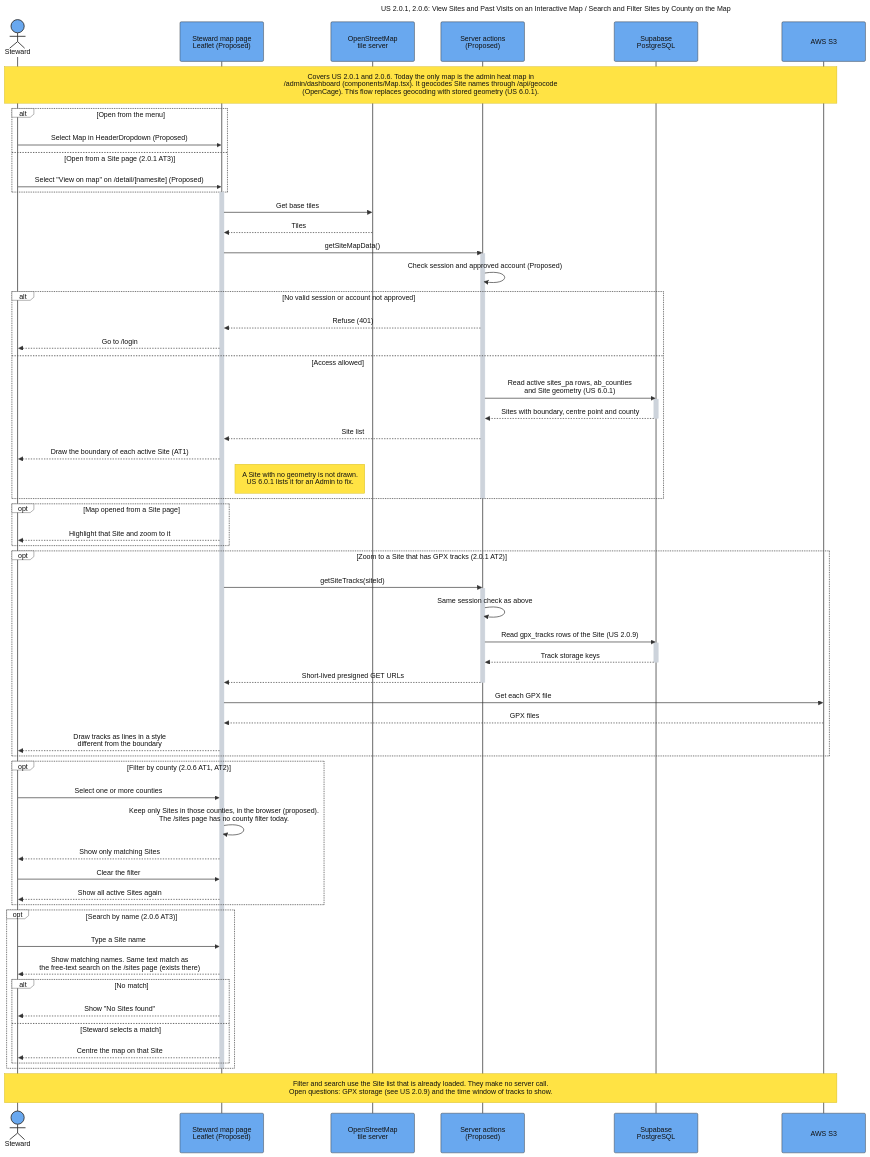
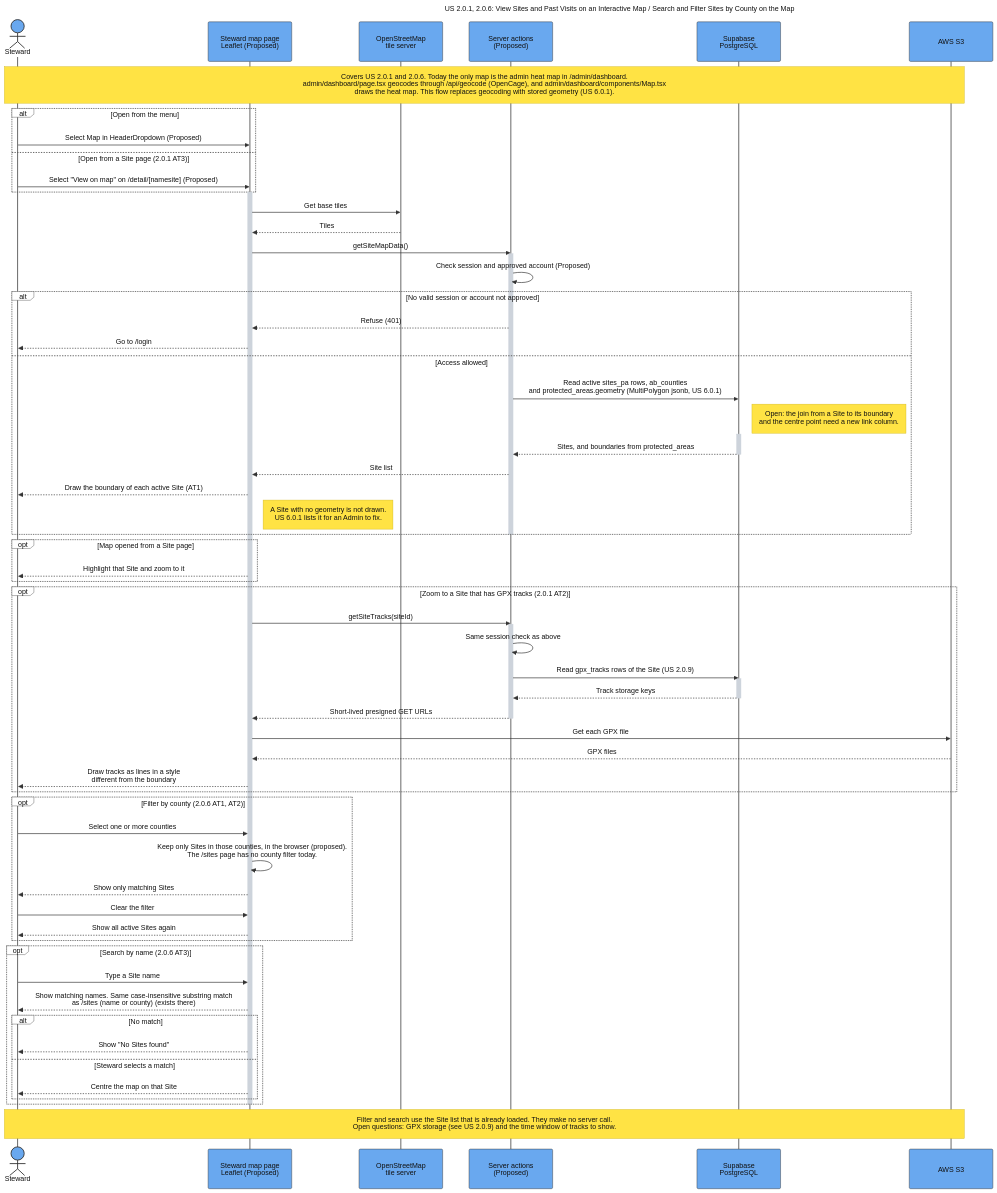
One commit to SAPAA-Dev/W26Project-SAPAA-Dev-Team changed the diagram in docs/assets/Sequence_US_2_0_1_2_0_6_Site_Map_Search_and_Filter.mmd. Above: the diagram before and after it, drawn with Mermaid. The commit also changed 63 other files, not shown here.

First line of the commit message:
(feat): add diagram generator that updates diagrams on every PR (#157)

```diff
--- a/docs/assets/Sequence_US_2_0_1_2_0_6_Site_Map_Search_and_Filter.mmd
+++ b/docs/assets/Sequence_US_2_0_1_2_0_6_Site_Map_Search_and_Filter.mmd
@@ -1,117 +1,120 @@
 ---
 title: "US 2.0.1, 2.0.6: View Sites and Past Visits on an Interactive Map / Search and Filter Sites by County on the Map"
 config:
   theme: base
   sequence:
     actorMargin: 60
     boxMargin: 12
     diagramMarginX: 45
     diagramMarginY: 30
     messageMargin: 38
     noteMargin: 16
     mirrorActors: true
     width: 190
     height: 90
   themeVariables:
     background: "#ffffff"
     primaryColor: "#69a8ef"
     primaryBorderColor: "#333333"
     primaryTextColor: "#111111"
     actorBkg: "#69a8ef"
     actorBorder: "#333333"
     actorTextColor: "#111111"
     actorLineColor: "#555555"
     signalColor: "#333333"
     signalTextColor: "#111111"
     activationBkgColor: "#cdd3db"
     activationBorderColor: "#cdd3db"
     noteBkgColor: "#ffe344"
     noteBorderColor: "#d4ba24"
     noteTextColor: "#111111"
     labelBoxBkgColor: "#ffffff"
     labelBoxBorderColor: "#555555"
     labelTextColor: "#111111"
     loopTextColor: "#111111"
     altBackground: "#ffffff"
   themeCSS: |
     .actor-line {
       stroke-dasharray: 10 10 !important;
       stroke-width: 1.25px !important;
     }
 ---
 sequenceDiagram
     autonumber off
     actor Steward
     participant Map as Steward map page<br/>Leaflet (Proposed)
     participant Tiles as OpenStreetMap<br/>tile server
     participant Server as Server actions<br/>(Proposed)
     participant DB as Supabase<br/>PostgreSQL
     participant S3 as AWS S3
 
-    Note over Steward,S3: Covers US 2.0.1 and 2.0.6. Today the only map is the admin heat map in<br/>/admin/dashboard (components/Map.tsx). It geocodes Site names through /api/geocode<br/>(OpenCage). This flow replaces geocoding with stored geometry (US 6.0.1).
+    Note over Steward,S3: Covers US 2.0.1 and 2.0.6. Today the only map is the admin heat map in /admin/dashboard.<br/>admin/dashboard/page.tsx geocodes through /api/geocode (OpenCage), and admin/dashboard/components/Map.tsx<br/>draws the heat map. This flow replaces geocoding with stored geometry (US 6.0.1).
 
     alt Open from the menu
         Steward->>Map: Select Map in HeaderDropdown (Proposed)
     else Open from a Site page (2.0.1 AT3)
         Steward->>Map: Select "View on map" on /detail/[namesite] (Proposed)
     end
     activate Map
     Map->>Tiles: Get base tiles
     Tiles-->>Map: Tiles
 
     Map->>Server: getSiteMapData()
     activate Server
     Server->>Server: Check session and approved account (Proposed)
     alt No valid session or account not approved
         Server-->>Map: Refuse (401)
         Map-->>Steward: Go to /login
     else Access allowed
-        Server->>DB: Read active sites_pa rows, ab_counties<br/>and Site geometry (US 6.0.1)
+        Server->>DB: Read active sites_pa rows, ab_counties<br/>and protected_areas.geometry (MultiPolygon jsonb, US 6.0.1)
+        %% Open: protected_areas.site_id and label_point were dropped (20261006010000).
+        %% The site-to-boundary join and a centre point need a new link column.
+        Note right of DB: Open: the join from a Site to its boundary<br/>and the centre point need a new link column.
         activate DB
-        DB-->>Server: Sites with boundary, centre point and county
+        DB-->>Server: Sites, and boundaries from protected_areas
         deactivate DB
         Server-->>Map: Site list
         Map-->>Steward: Draw the boundary of each active Site (AT1)
         Note right of Map: A Site with no geometry is not drawn.<br/>US 6.0.1 lists it for an Admin to fix.
     end
     deactivate Server
 
     opt Map opened from a Site page
         Map-->>Steward: Highlight that Site and zoom to it
     end
 
     opt Zoom to a Site that has GPX tracks (2.0.1 AT2)
         Map->>Server: getSiteTracks(siteId)
         activate Server
         Server->>Server: Same session check as above
         Server->>DB: Read gpx_tracks rows of the Site (US 2.0.9)
         activate DB
         DB-->>Server: Track storage keys
         deactivate DB
         Server-->>Map: Short-lived presigned GET URLs
         deactivate Server
         Map->>S3: Get each GPX file
         S3-->>Map: GPX files
         Map-->>Steward: Draw tracks as lines in a style<br/>different from the boundary
     end
 
     opt Filter by county (2.0.6 AT1, AT2)
         Steward->>Map: Select one or more counties
         Map->>Map: Keep only Sites in those counties, in the browser (proposed).<br/>The /sites page has no county filter today.
         Map-->>Steward: Show only matching Sites
         Steward->>Map: Clear the filter
         Map-->>Steward: Show all active Sites again
     end
 
     opt Search by name (2.0.6 AT3)
         Steward->>Map: Type a Site name
-        Map-->>Steward: Show matching names. Same text match as<br/>the free-text search on the /sites page (exists there)
+        Map-->>Steward: Show matching names. Same case-insensitive substring match<br/>as /sites (name or county) (exists there)
         alt No match
             Map-->>Steward: Show "No Sites found"
         else Steward selects a match
             Map-->>Steward: Centre the map on that Site
         end
     end
     deactivate Map
 
     Note over Steward,S3: Filter and search use the Site list that is already loaded. They make no server call.<br/>Open questions: GPX storage (see US 2.0.9) and the time window of tracks to show.
```
